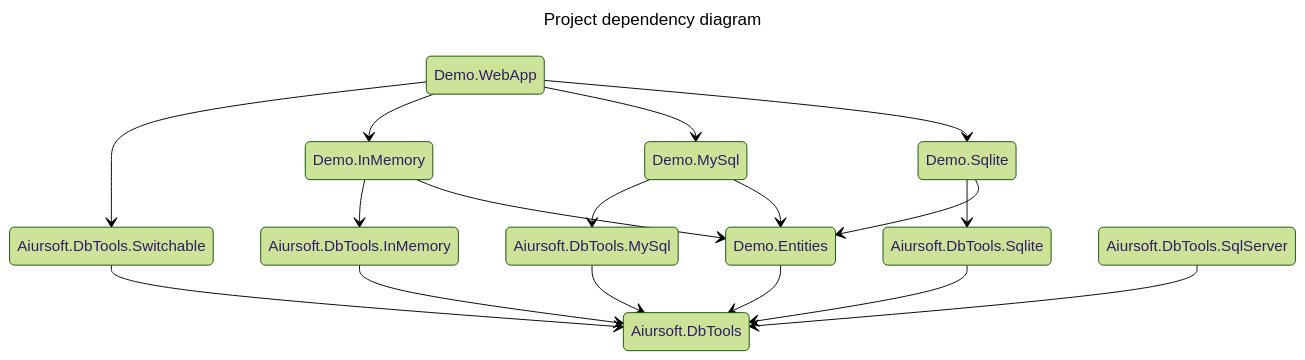
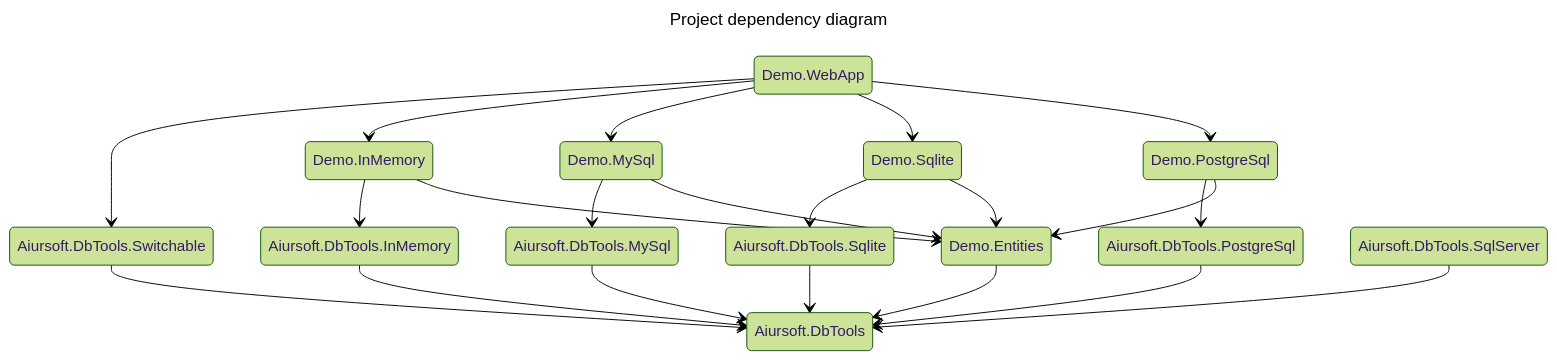
Before and after one commit to AiursoftWeb/DbTools: the diagram in README.md, drawn with Mermaid (forest theme). The commit also changed other lines of this file, not shown here.

````diff
--- a/README.md
+++ b/README.md
@@ -29,23 +29,27 @@
 ```mermaid
 ---
 title: Project dependency diagram
 ---
 
 stateDiagram-v2
     Aiursoft.DbTools.InMemory --> Aiursoft.DbTools
     Aiursoft.DbTools.Sqlite --> Aiursoft.DbTools
     Aiursoft.DbTools.MySql --> Aiursoft.DbTools
+    Aiursoft.DbTools.PostgreSql --> Aiursoft.DbTools
     Aiursoft.DbTools.Switchable --> Aiursoft.DbTools
     Demo.Entities --> Aiursoft.DbTools
     Demo.Sqlite --> Aiursoft.DbTools.Sqlite
     Demo.Sqlite --> Demo.Entities
     Demo.MySql --> Aiursoft.DbTools.MySql
     Demo.MySql --> Demo.Entities
+    Demo.PostgreSql --> Aiursoft.DbTools.PostgreSql
+    Demo.PostgreSql --> Demo.Entities
     Demo.InMemory --> Aiursoft.DbTools.InMemory
     Demo.InMemory --> Demo.Entities
     Demo.WebApp --> Aiursoft.DbTools.Switchable
     Demo.WebApp --> Demo.InMemory
     Demo.WebApp --> Demo.MySql
     Demo.WebApp --> Demo.Sqlite
+    Demo.WebApp --> Demo.PostgreSql
     Aiursoft.DbTools.SqlServer --> Aiursoft.DbTools
 ```
````
